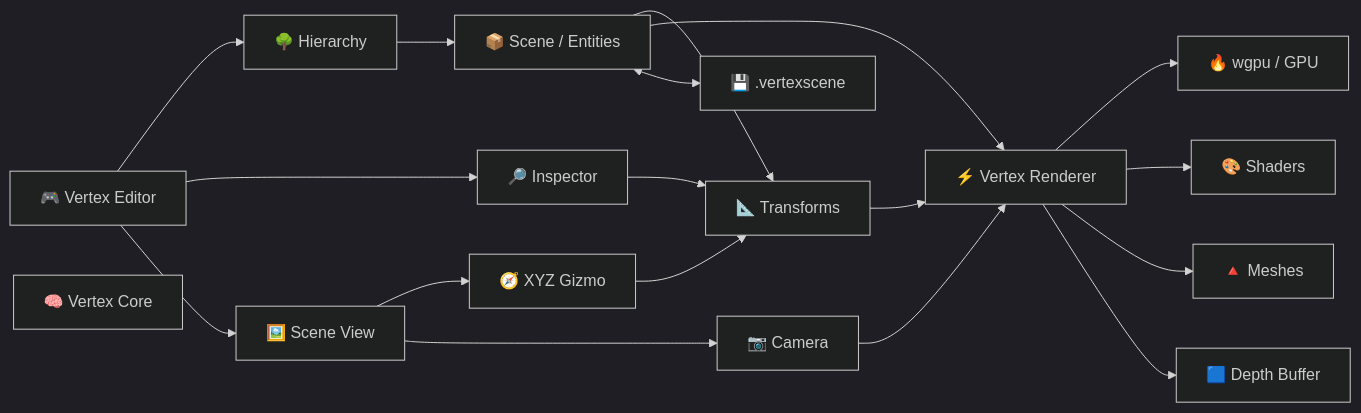
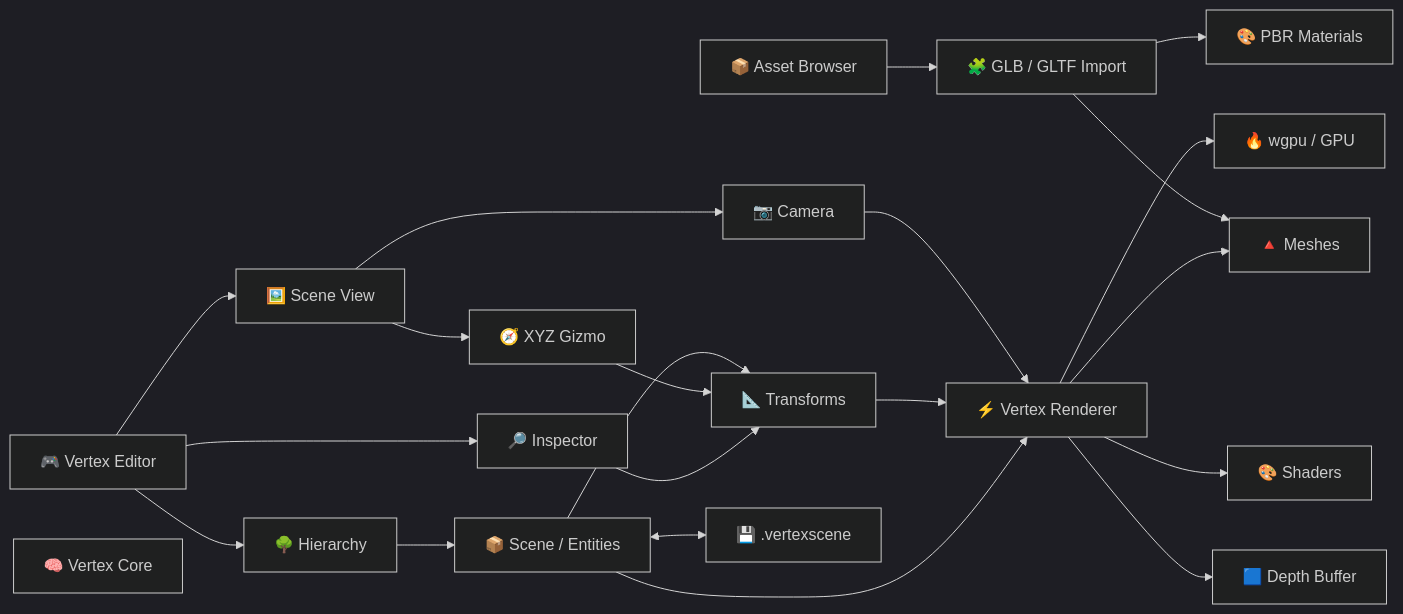
One commit to hunterkritik-byte/Vertex-Engine changed the diagram in README.md. Above: the diagram before and after it, drawn with Mermaid (dark theme). The commit also changed other lines of this file, not shown here.

Commit message:
docs: update README for Asset Browser 2.0 and GLTF pipeline

````diff
--- a/README.md
+++ b/README.md
@@ -49,36 +55,42 @@
 ```mermaid
 flowchart LR
     Editor["🎮 Vertex Editor"]
     Hierarchy["🌳 Hierarchy"]
     Inspector["🔎 Inspector"]
     Viewport["🖼️ Scene View"]
     Gizmo["🧭 XYZ Gizmo"]
     Core["🧠 Vertex Core"]
     Scene["📦 Scene / Entities"]
     Transform["📐 Transforms"]
     Camera["📷 Camera"]
     Renderer["⚡ Vertex Renderer"]
     WGPU["🔥 wgpu / GPU"]
     Shader["🎨 Shaders"]
     Mesh["🔺 Meshes"]
+    Assets["📦 Asset Browser"]
+    GLTF["🧩 GLB / GLTF Import"]
+    PBR["🎨 PBR Materials"]
     Depth["🟦 Depth Buffer"]
     SceneFile["💾 .vertexscene"]
     
     Editor --> Hierarchy
     Editor --> Inspector
     Editor --> Viewport
     Viewport --> Gizmo
     Hierarchy --> Scene
     Inspector --> Transform
     Gizmo --> Transform
     Viewport --> Camera
     Scene --> Transform
     Scene --> Renderer
     Transform --> Renderer
     Camera --> Renderer
     Renderer --> WGPU
     Renderer --> Shader
     Renderer --> Mesh
+    Assets --> GLTF
+    GLTF --> Mesh
+    GLTF --> PBR
     Renderer --> Depth
     Scene <--> SceneFile
 ```
````
